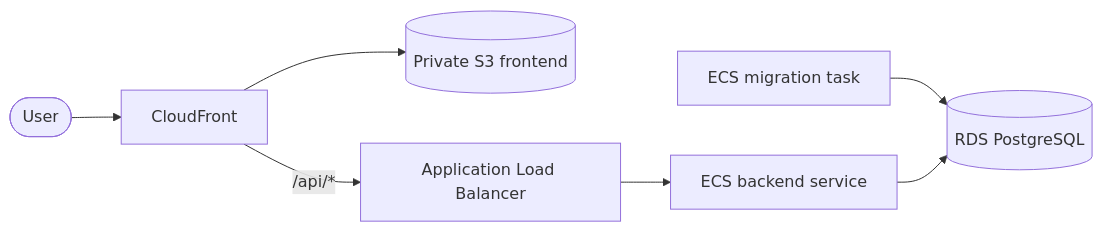
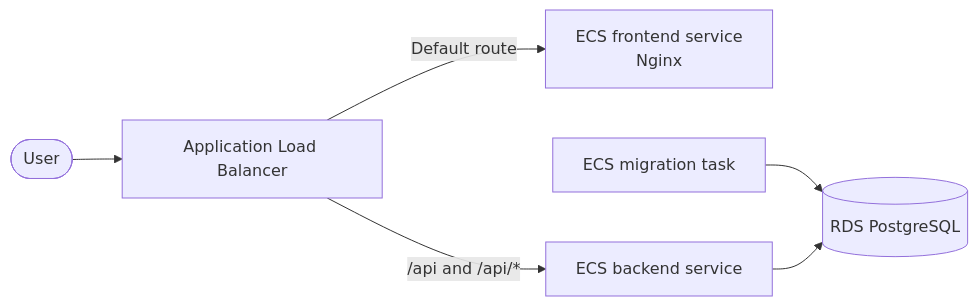
One commit to jakobzagar/Fit-Track changed the diagram in docs/aws-deployment-plan.md. Above: the diagram before and after it, drawn with Mermaid. The commit also changed other lines of this file and 3 other files, not shown here.

````diff
--- a/docs/aws-deployment-plan.md
+++ b/docs/aws-deployment-plan.md
@@ -13,9 +26,8 @@
 ```mermaid
 flowchart LR
-    User([User]) --> CloudFront[CloudFront]
-    CloudFront --> S3[(Private S3 frontend)]
-    CloudFront -->|/api/*| ALB[Application Load Balancer]
-    ALB --> ECS[ECS backend service]
+    User([User]) --> ALB[Application Load Balancer]
+    ALB -->|Default route| Frontend[ECS frontend service<br/>Nginx]
+    ALB -->|/api and /api/*| Backend[ECS backend service]
     Migration[ECS migration task] --> RDS[(RDS PostgreSQL)]
-    ECS --> RDS
+    Backend --> RDS
 ```
````
